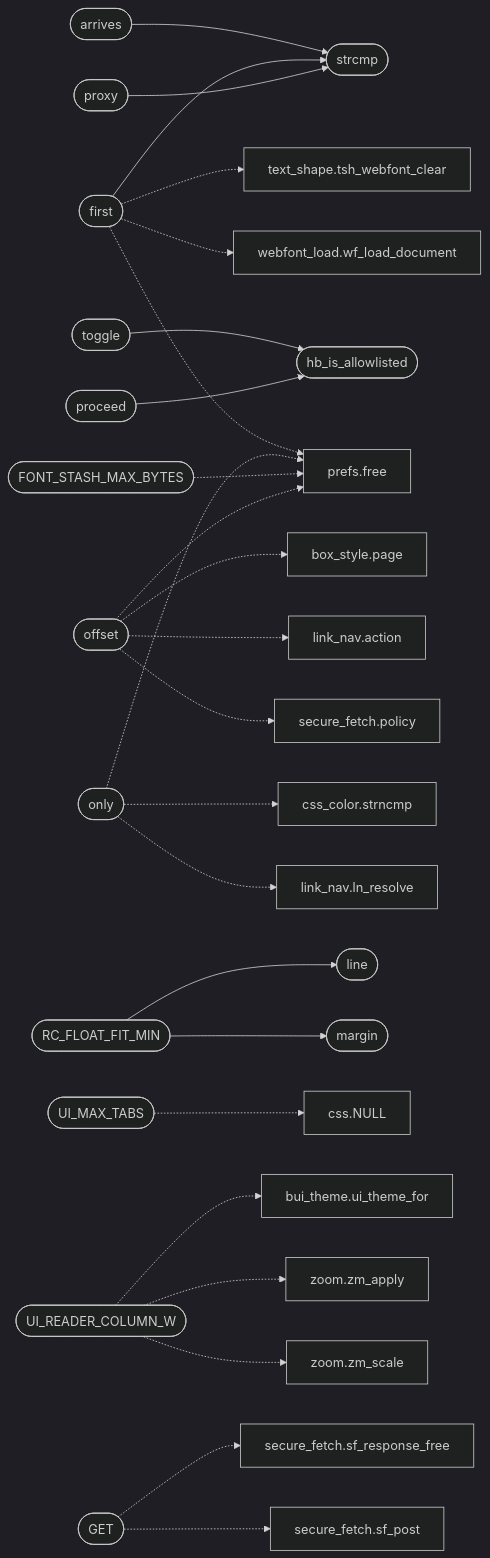
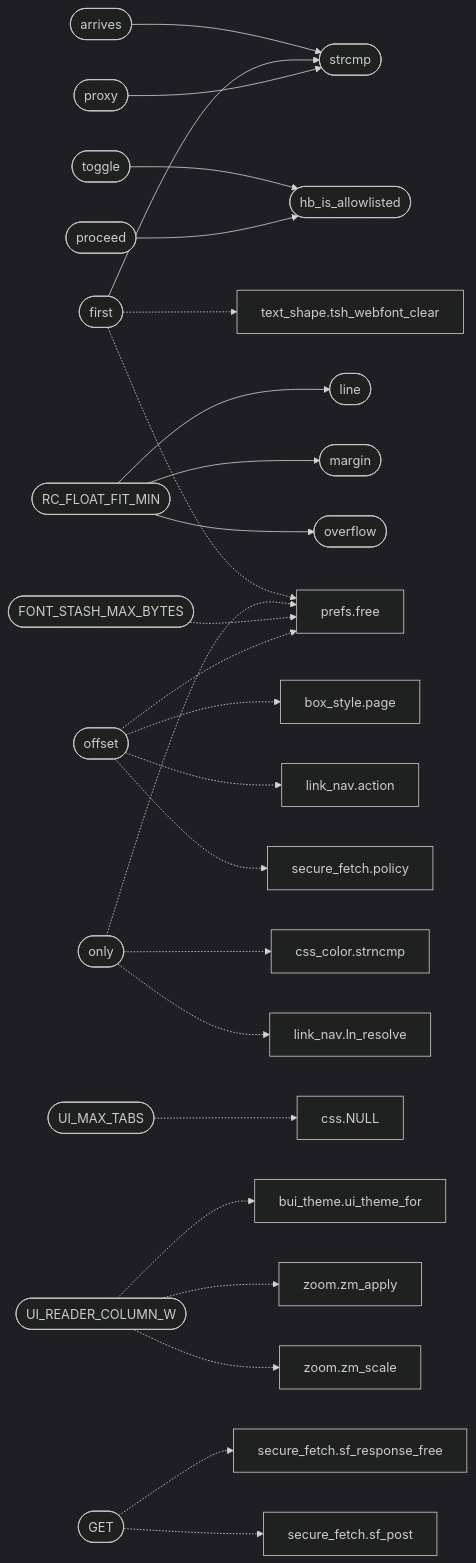
One commit to grisuno/FreeDom changed the second of 2 diagrams in readmenator-apidocs/modules/gui.browser_ui.c.md. Above: the diagram before and after it, drawn with Mermaid (dark theme). The commit also changed other lines of this file and 259 other files, not shown here.

````diff
--- a/readmenator-apidocs/modules/gui.browser_ui.c.md
+++ b/readmenator-apidocs/modules/gui.browser_ui.c.md
@@ -75,57 +75,57 @@
 ```mermaid
 flowchart LR
     n_gui_browser_ui_c__proxy(["proxy"])
     n_gui_browser_ui_c__strcmp(["strcmp"])
     n_gui_browser_ui_c__first(["first"])
     n_gui_browser_ui_c__proceed(["proceed"])
     n_gui_browser_ui_c__hb_is_allowlisted(["hb_is_allowlisted"])
     n_gui_browser_ui_c__toggle(["toggle"])
     n_gui_browser_ui_c__arrives(["arrives"])
     n_gui_browser_ui_c__RC_FLOAT_FIT_MIN(["RC_FLOAT_FIT_MIN"])
     n_gui_browser_ui_c__line(["line"])
     n_gui_browser_ui_c__margin(["margin"])
+    n_gui_browser_ui_c__overflow(["overflow"])
     n_gui_browser_ui_c__offset(["offset"])
     n_include_box_style_h__page["box_style.page"]
     n_include_link_nav_h__action["link_nav.action"]
     n_include_prefs_h__free["prefs.free"]
     n_include_secure_fetch_h__policy["secure_fetch.policy"]
     n_gui_browser_ui_c__UI_MAX_TABS(["UI_MAX_TABS"])
     n_src_css_c__NULL["css.NULL"]
     n_gui_browser_ui_c__UI_READER_COLUMN_W(["UI_READER_COLUMN_W"])
     n_gui_bui_theme_c__ui_theme_for["bui_theme.ui_theme_for"]
     n_include_zoom_h__zm_apply["zoom.zm_apply"]
     n_include_zoom_h__zm_scale["zoom.zm_scale"]
     n_gui_browser_ui_c__GET(["GET"])
     n_include_secure_fetch_h__sf_response_free["secure_fetch.sf_response_free"]
     n_src_secure_fetch_c__sf_post["secure_fetch.sf_post"]
     n_gui_browser_ui_c__FONT_STASH_MAX_BYTES(["FONT_STASH_MAX_BYTES"])
     n_gui_browser_ui_c__only(["only"])
     n_src_css_color_c__strncmp["css_color.strncmp"]
     n_src_link_nav_c__ln_resolve["link_nav.ln_resolve"]
     n_include_text_shape_h__tsh_webfont_clear["text_shape.tsh_webfont_clear"]
-    n_src_webfont_load_c__wf_load_document["webfont_load.wf_load_document"]
     n_gui_browser_ui_c__proxy --> n_gui_browser_ui_c__strcmp
     n_gui_browser_ui_c__first --> n_gui_browser_ui_c__strcmp
     n_gui_browser_ui_c__proceed --> n_gui_browser_ui_c__hb_is_allowlisted
     n_gui_browser_ui_c__toggle --> n_gui_browser_ui_c__hb_is_allowlisted
     n_gui_browser_ui_c__arrives --> n_gui_browser_ui_c__strcmp
     n_gui_browser_ui_c__RC_FLOAT_FIT_MIN --> n_gui_browser_ui_c__line
     n_gui_browser_ui_c__RC_FLOAT_FIT_MIN --> n_gui_browser_ui_c__margin
+    n_gui_browser_ui_c__RC_FLOAT_FIT_MIN --> n_gui_browser_ui_c__overflow
     n_gui_browser_ui_c__offset -.-> n_include_box_style_h__page
     n_gui_browser_ui_c__offset -.-> n_include_link_nav_h__action
     n_gui_browser_ui_c__offset -.-> n_include_prefs_h__free
     n_gui_browser_ui_c__offset -.-> n_include_secure_fetch_h__policy
     n_gui_browser_ui_c__UI_MAX_TABS -.-> n_src_css_c__NULL
     n_gui_browser_ui_c__UI_READER_COLUMN_W -.-> n_gui_bui_theme_c__ui_theme_for
     n_gui_browser_ui_c__UI_READER_COLUMN_W -.-> n_include_zoom_h__zm_apply
     n_gui_browser_ui_c__UI_READER_COLUMN_W -.-> n_include_zoom_h__zm_scale
     n_gui_browser_ui_c__GET -.-> n_include_secure_fetch_h__sf_response_free
     n_gui_browser_ui_c__GET -.-> n_src_secure_fetch_c__sf_post
     n_gui_browser_ui_c__FONT_STASH_MAX_BYTES -.-> n_include_prefs_h__free
     n_gui_browser_ui_c__only -.-> n_include_prefs_h__free
     n_gui_browser_ui_c__only -.-> n_src_css_color_c__strncmp
     n_gui_browser_ui_c__only -.-> n_src_link_nav_c__ln_resolve
     n_gui_browser_ui_c__first -.-> n_include_prefs_h__free
     n_gui_browser_ui_c__first -.-> n_include_text_shape_h__tsh_webfont_clear
-    n_gui_browser_ui_c__first -.-> n_src_webfont_load_c__wf_load_document
 ```
````
